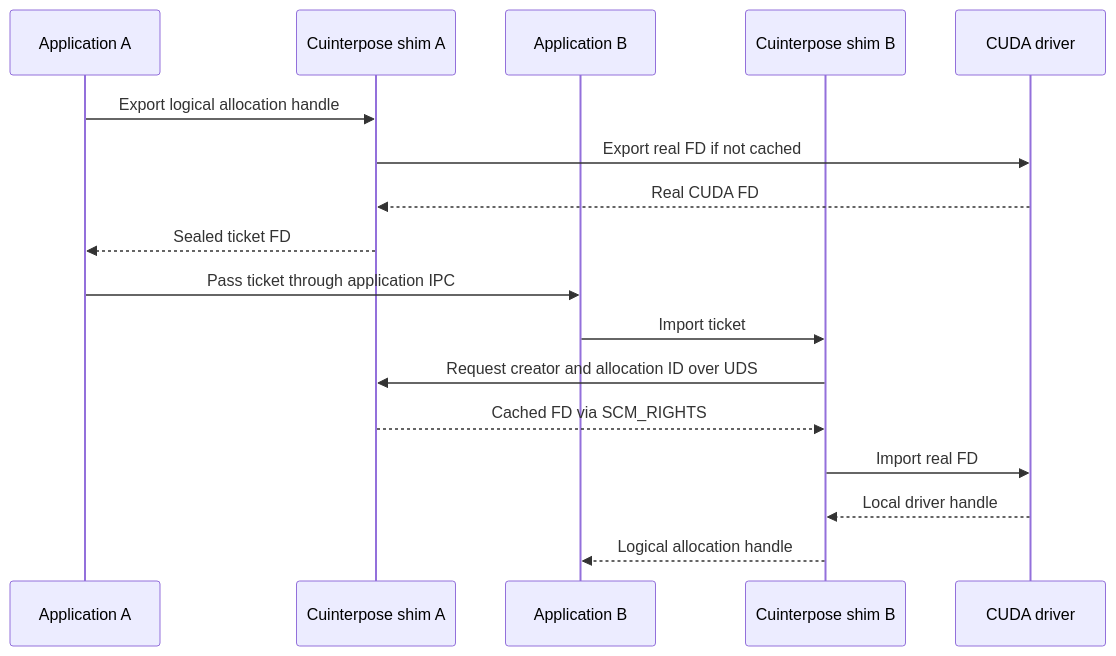
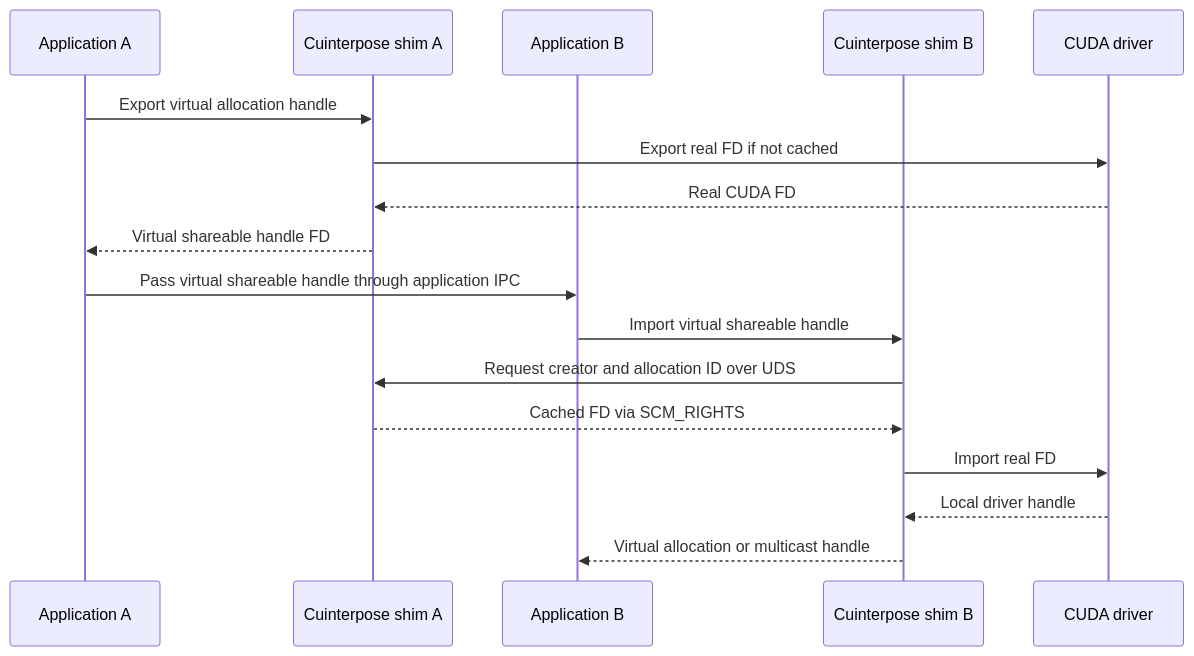
One commit to ai-dynamo/snapshot changed the third of 5 diagrams in docs/development/cuinterpose.md. Above: the diagram before and after it, drawn with Mermaid. The commit also changed other lines of this file and 1 other file, not shown here.

````diff
--- a/docs/development/cuinterpose.md
+++ b/docs/development/cuinterpose.md
@@ -242,19 +250,19 @@
 ```mermaid
 sequenceDiagram
     participant A as Application A
     participant SA as Cuinterpose shim A
     participant B as Application B
     participant SB as Cuinterpose shim B
     participant CUDA as CUDA driver
-    A->>SA: Export logical allocation handle
+    A->>SA: Export virtual allocation handle
     SA->>CUDA: Export real FD if not cached
     CUDA-->>SA: Real CUDA FD
-    SA-->>A: Sealed ticket FD
-    A->>B: Pass ticket through application IPC
-    B->>SB: Import ticket
+    SA-->>A: Virtual shareable handle FD
+    A->>B: Pass virtual shareable handle through application IPC
+    B->>SB: Import virtual shareable handle
     SB->>SA: Request creator and allocation ID over UDS
     SA-->>SB: Cached FD via SCM_RIGHTS
     SB->>CUDA: Import real FD
     CUDA-->>SB: Local driver handle
-    SB-->>B: Logical allocation handle
+    SB-->>B: Virtual allocation or multicast handle
 ```
````
